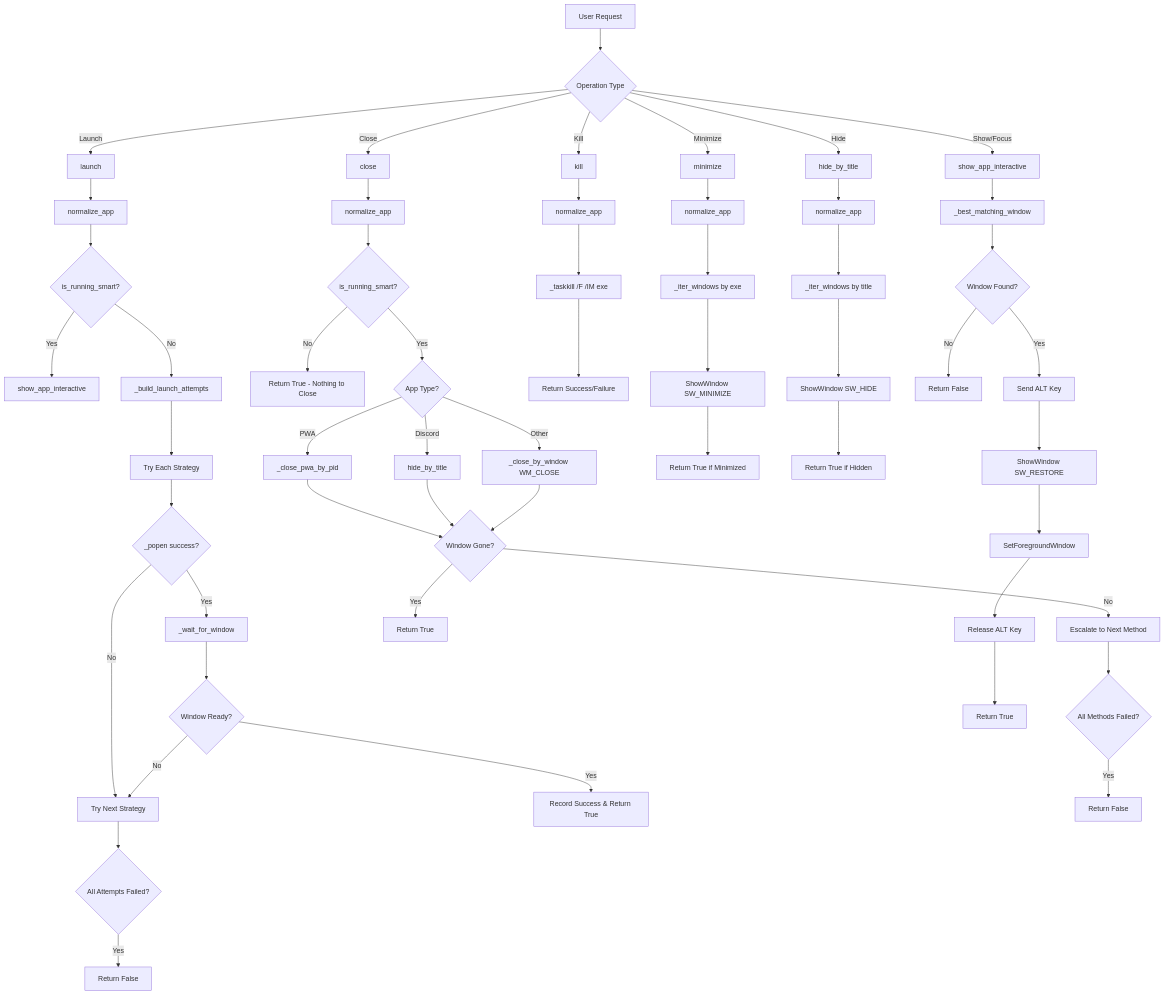
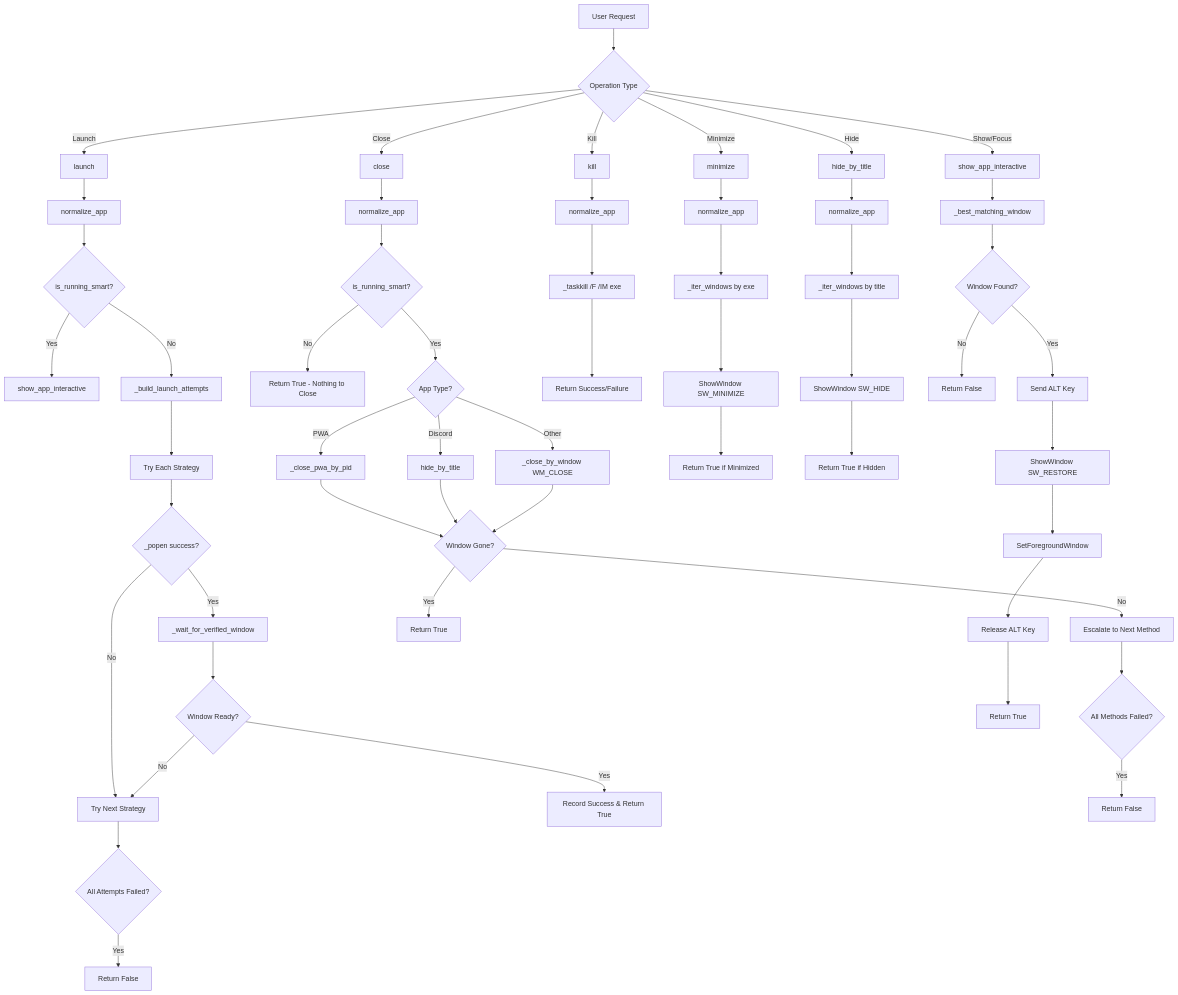
One commit to error-debug-run/HELL changed the first of 9 diagrams in control/apps.md. Above: the diagram before and after it, drawn with Mermaid. The commit also changed other lines of this file and 1 other file, not shown here.

````diff
--- a/control/apps.md
+++ b/control/apps.md
@@ -11,63 +8,63 @@
 ```mermaid
 flowchart TD
     A[User Request] --> B{Operation Type}
     
     B -->|Launch| C[launch]
     B -->|Close| D[close]
     B -->|Kill| E[kill]
     B -->|Minimize| F[minimize]
     B -->|Hide| G[hide_by_title]
     B -->|Show/Focus| H[show_app_interactive]
     
     C --> C1[normalize_app]
     C1 --> C2{is_running_smart?}
     C2 -->|Yes| C3[show_app_interactive]
     C2 -->|No| C4[_build_launch_attempts]
     C4 --> C5[Try Each Strategy]
     C5 --> C6{_popen success?}
     C6 -->|No| C7[Try Next Strategy]
-    C6 -->|Yes| C8[_wait_for_window]
+    C6 -->|Yes| C8[_wait_for_verified_window]
     C8 --> C9{Window Ready?}
     C9 -->|Yes| C10[Record Success & Return True]
     C9 -->|No| C7
     C7 --> C11{All Attempts Failed?}
     C11 -->|Yes| C12[Return False]
     
     D --> D1[normalize_app]
     D1 --> D2{is_running_smart?}
     D2 -->|No| D3[Return True - Nothing to Close]
     D2 -->|Yes| D4{App Type?}
     D4 -->|PWA| D5[_close_pwa_by_pid]
     D4 -->|Discord| D6[hide_by_title]
     D4 -->|Other| D7[_close_by_window WM_CLOSE]
     D5 --> D8{Window Gone?}
     D6 --> D8
     D7 --> D8
     D8 -->|No| D9[Escalate to Next Method]
     D8 -->|Yes| D10[Return True]
     D9 --> D11{All Methods Failed?}
     D11 -->|Yes| D12[Return False]
     
     E --> E1[normalize_app]
     E1 --> E2[_taskkill /F /IM exe]
     E2 --> E3[Return Success/Failure]
     
     F --> F1[normalize_app]
     F1 --> F2[_iter_windows by exe]
     F2 --> F3[ShowWindow SW_MINIMIZE]
     F3 --> F4[Return True if Minimized]
     
     G --> G1[normalize_app]
     G1 --> G2[_iter_windows by title]
     G2 --> G3[ShowWindow SW_HIDE]
     G3 --> G4[Return True if Hidden]
     
     H --> H1[_best_matching_window]
     H1 --> H2{Window Found?}
     H2 -->|No| H3[Return False]
     H2 -->|Yes| H4[Send ALT Key]
     H4 --> H5[ShowWindow SW_RESTORE]
     H5 --> H6[SetForegroundWindow]
     H6 --> H7[Release ALT Key]
     H7 --> H8[Return True]
 ```
````
